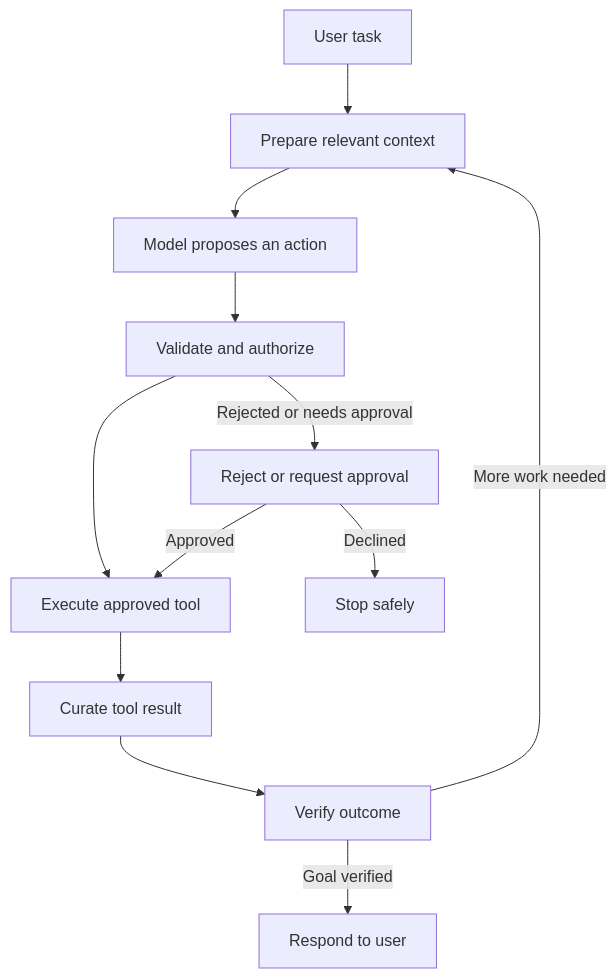
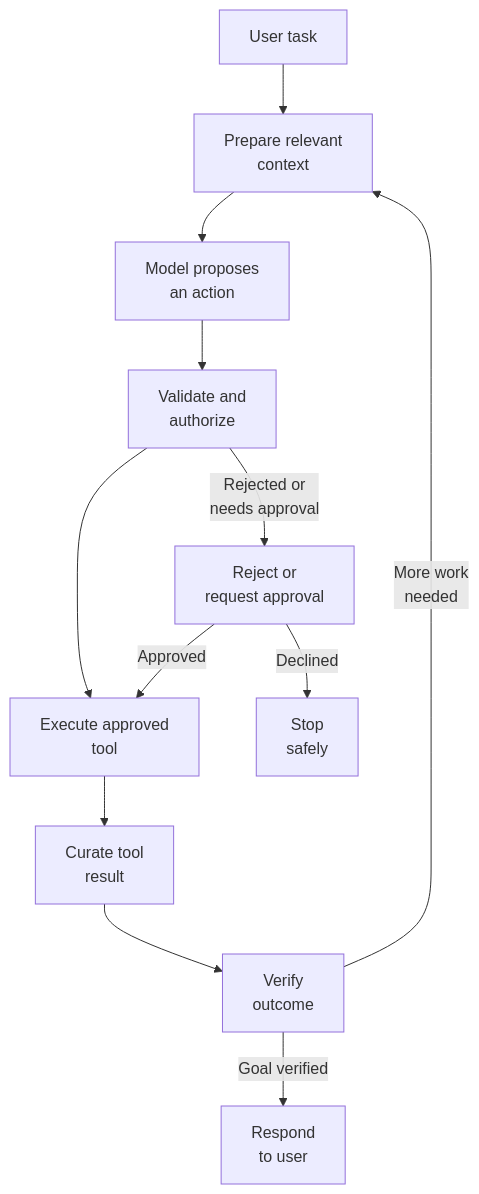
One commit to MihirKJha/enterprise-ai-blog changed the first of 2 diagrams in docs/architecture-insights/ai-agents/5.0-anatomy_of_an_ai_agent_harness.md. Above: the diagram before and after it, drawn with Mermaid.

Commit message:
Update note: 5.0-anatomy_of_an_ai_agent_harness.md
Update note: 5.0-anatomy_of_an_ai_agent_harness.md

````diff
--- a/docs/architecture-insights/ai-agents/5.0-anatomy_of_an_ai_agent_harness.md
+++ b/docs/architecture-insights/ai-agents/5.0-anatomy_of_an_ai_agent_harness.md
@@ -46,14 +46,14 @@
 ```mermaid
 flowchart TD
-    A[User task] --> B[Prepare relevant context]
-    B --> C[Model proposes an action]
-    C --> D[Validate and authorize]
-    D --> E[Execute approved tool]
-    E --> F[Curate tool result]
-    F --> G[Verify outcome]
-    G -->|More work needed| B
-    G -->|Goal verified| H[Respond to user]
-    D -->|Rejected or needs approval| I[Reject or request approval]
+    A[User task] --> B[Prepare relevant<br/>context]
+    B --> C[Model proposes<br/>an action]
+    C --> D[Validate and<br/>authorize]
+    D --> E[Execute approved<br/> tool]
+    E --> F[Curate tool<br/> result]
+    F --> G[Verify<br/>outcome]
+    G -->|More work<br/>needed| B
+    G -->|Goal verified| H[Respond<br/>to user]
+    D -->|Rejected or<br/>needs approval| I[Reject or<br/>request approval]
     I -->|Approved| E
-    I -->|Declined| J[Stop safely]
+    I -->|Declined| J[Stop<br/>safely]
 ```
````
